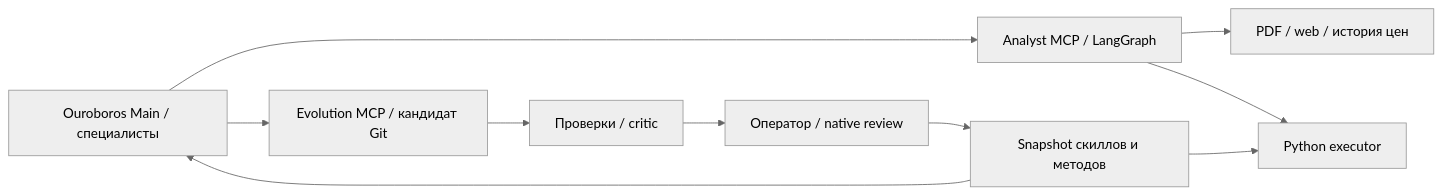
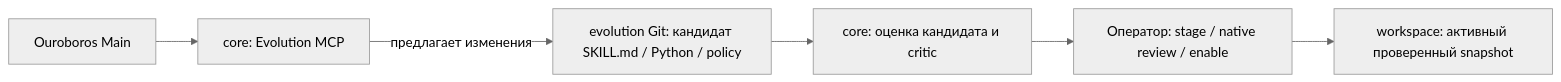
The second of 2 diagrams in ARCHITECTURE.md (HolyBayes/oilagent-core), drawn with Mermaid (neutral theme) before and after one commit. The commit also changed other lines of this file and 1 other file, not shown here.

Commit message:
Clarify MCP service ownership and isolated execution queue

````diff
--- a/ARCHITECTURE.md
+++ b/ARCHITECTURE.md
@@ -6,12 +24,8 @@
 ```mermaid
 flowchart LR
-  UI[Ouroboros Main / специалисты] --> MCP[Analyst MCP / LangGraph]
-  MCP --> DATA[PDF / web / история цен]
-  MCP --> RUN[Python executor]
-  UI --> EVO[Evolution MCP / кандидат Git]
-  EVO --> CHECK[Проверки / critic]
-  CHECK --> OP[Оператор / native review]
-  OP --> REL[Snapshot скиллов и методов]
-  REL --> RUN
-  REL --> UI
+  UI["Ouroboros Main"] --> MCP["core: Evolution MCP"]
+  MCP -->|"предлагает изменения"| GIT["evolution Git: кандидат SKILL.md / Python / policy"]
+  GIT --> CHECK["core: оценка кандидата и critic"]
+  CHECK --> OWNER["Оператор: stage / native review / enable"]
+  OWNER --> SNAP["workspace: активный проверенный snapshot"]
 ```
````
